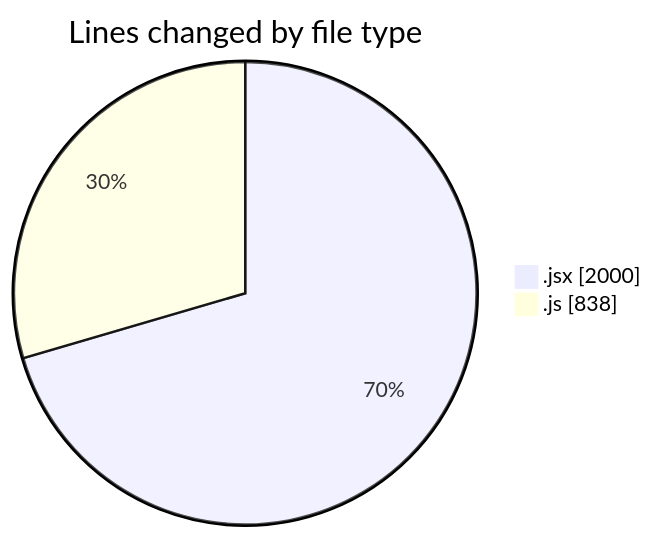
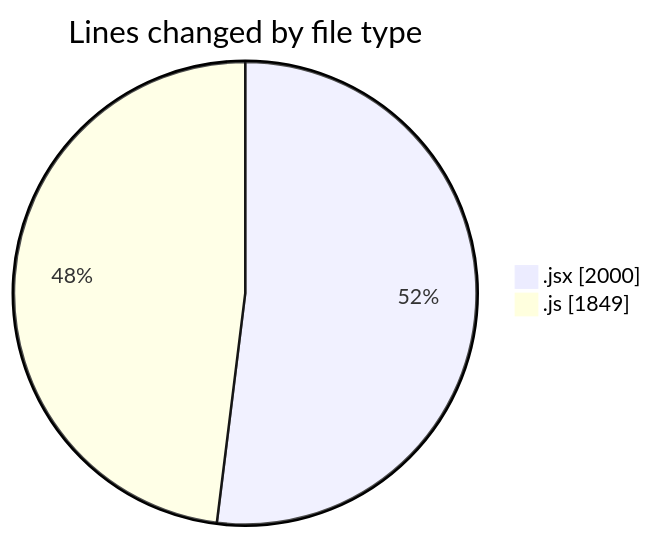
One commit to nxtqubesakshisongat/code-tracking changed the first of 2 diagrams in 2025-09-21/nxtqube_webapp/README.md. Above: the diagram before and after it, drawn with Mermaid. The commit also changed other lines of this file and 1 other file, not shown here.

````diff
--- a/2025-09-21/nxtqube_webapp/README.md
+++ b/2025-09-21/nxtqube_webapp/README.md
@@ -22,6 +23,6 @@
 ```mermaid
 pie showData
 title Lines changed by file type
 ".jsx" : 2000
-".js" : 838
+".js" : 1849
 ```
````
